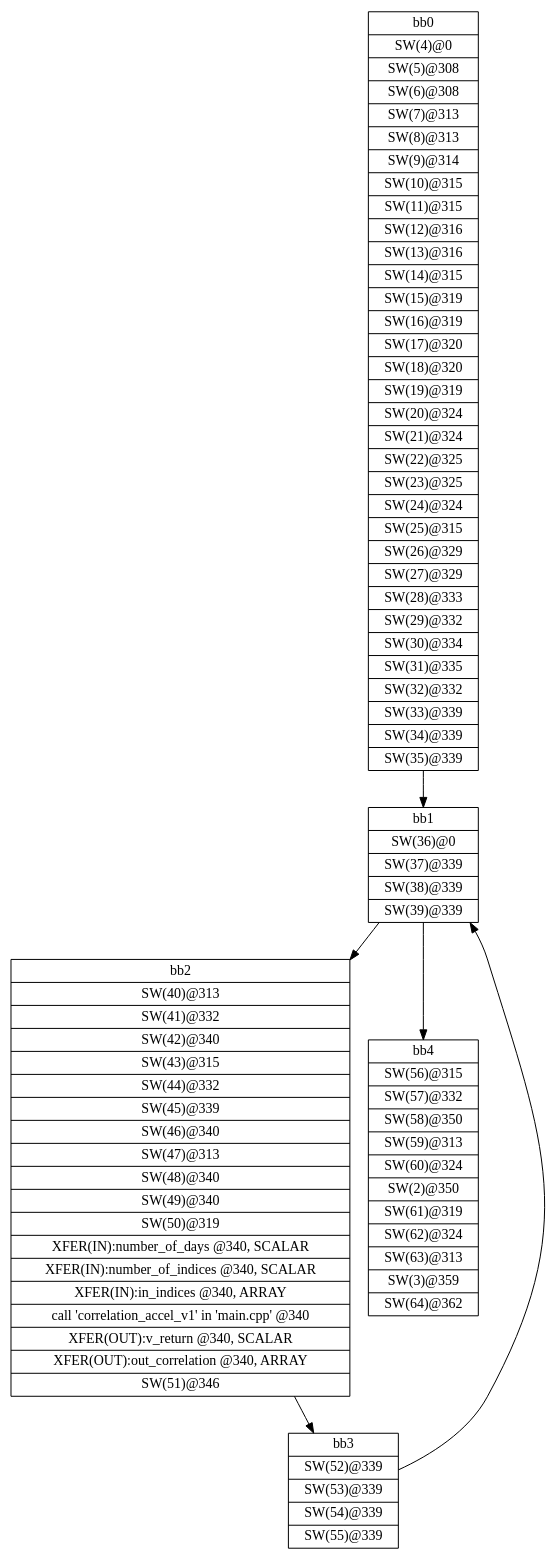
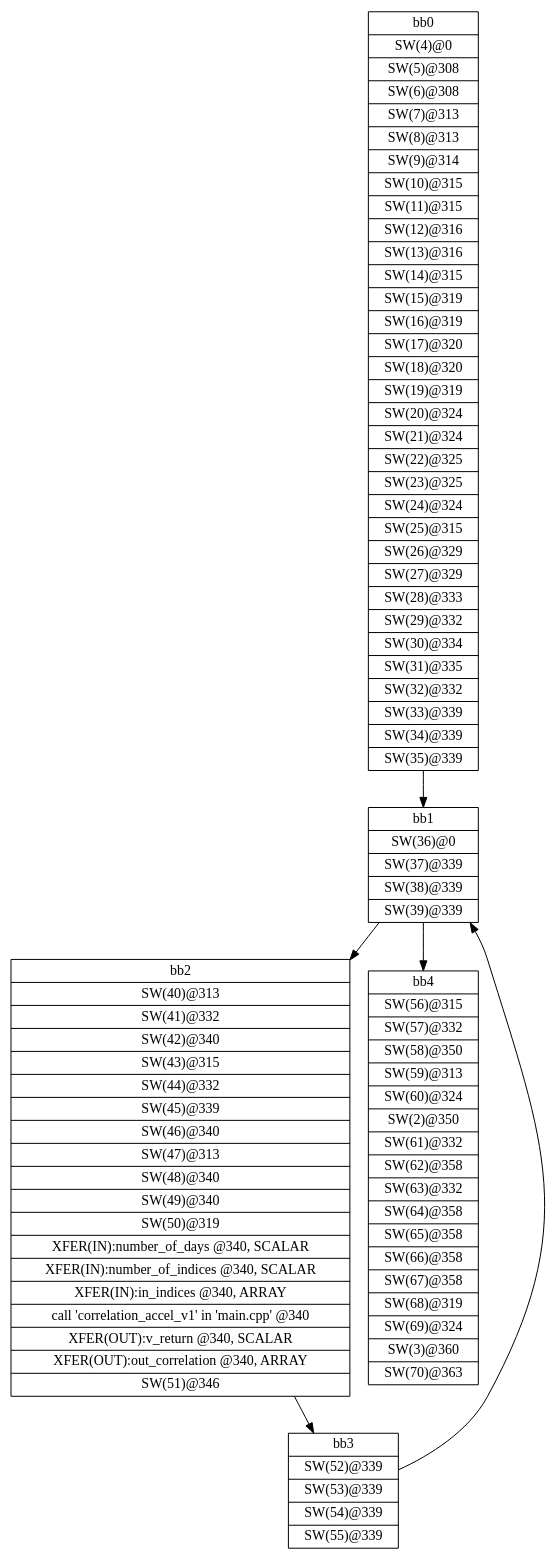
The diagram in workspace/correlation_ver1/correlation_ver1_linux/SDRelease/_sds/.llvm/_px_cdfg_xfer_main.dot (nguyencanhtrung/SDSoC), drawn with Graphviz before and after one commit. The commit also changed 26 other files, not shown here.

```diff
--- a/workspace/correlation_ver1/correlation_ver1_linux/SDRelease/_sds/.llvm/_px_cdfg_xfer_main.dot
+++ b/workspace/correlation_ver1/correlation_ver1_linux/SDRelease/_sds/.llvm/_px_cdfg_xfer_main.dot
@@ -1,13 +1,13 @@
 digraph CDFG {
 node [shape=record];
-bb0 [shape=record, label = "{bb0|<x0x2c50810>SW(4)@0\n|<x0x2c50430>SW(5)@308\n|<x0x2c50590>SW(6)@308\n|<x0x2c506f0>SW(7)@313\n|<x0x2c0e900>SW(8)@313\n|<x0x2c0ea60>SW(9)@314\n|<x0x2c0ebc0>SW(10)@315\n|<x0x2c0ed20>SW(11)@315\n|<x0x2c0ee80>SW(12)@316\n|<x0x2c0eff0>SW(13)@316\n|<x0x2c0f120>SW(14)@315\n|<x0x2c0f280>SW(15)@319\n|<x0x2c0f3e0>SW(16)@319\n|<x0x2c0f540>SW(17)@320\n|<x0x2c0f6b0>SW(18)@320\n|<x0x2c0f7e0>SW(19)@319\n|<x0x2c0f940>SW(20)@324\n|<x0x2c0faa0>SW(21)@324\n|<x0x2c0fc00>SW(22)@325\n|<x0x2c0fd70>SW(23)@325\n|<x0x2c0fea0>SW(24)@324\n|<x0x2c10000>SW(25)@315\n|<x0x2c10160>SW(26)@329\n|<x0x2c10290>SW(27)@329\n|<x0x2c103e0>SW(28)@333\n|<x0x2c10550>SW(29)@332\n|<x0x2c106c0>SW(30)@334\n|<x0x2c519b0>SW(31)@335\n|<x0x2c53b30>SW(32)@332\n|<x0x2c53ca0>SW(33)@339\n|<x0x2c53de0>SW(34)@339\n|<x0x2c53f40>SW(35)@339\n}"];
-bb1 [shape=record, label = "{bb1|<x0x2c51af0>SW(36)@0\n|<x0x2c51bb0>SW(37)@339\n|<x0x2c51d10>SW(38)@339\n|<x0x2c51e50>SW(39)@339\n}"];
-bb2 [shape=record, label = "{bb2|<x0x2c51a90>SW(40)@313\n|<x0x2c52130>SW(41)@332\n|<x0x2c522a0>SW(42)@340\n|<x0x2c523e0>SW(43)@315\n|<x0x2c52540>SW(44)@332\n|<x0x2c526b0>SW(45)@339\n|<x0x2c52810>SW(46)@340\n|<x0x2c52950>SW(47)@313\n|<x0x2c52ab0>SW(48)@340\n|<x0x2c52be0>SW(49)@340\n|<x0x2c52d20>SW(50)@319\n|<x0x2c54100>XFER(IN):number_of_days @340, SCALAR\n|<x0x2c54180>XFER(IN):number_of_indices @340, SCALAR\n|<x0x2c54200>XFER(IN):in_indices @340, ARRAY\n|<x0x2c0ad60>call 'correlation_accel_v1' in 'main.cpp' @340\n|<x0x2c54300>XFER(OUT):v_return @340, SCALAR\n|<x0x2c54280>XFER(OUT):out_correlation @340, ARRAY\n|<x0x2c52e80>SW(51)@346\n}"];
-bb3 [shape=record, label = "{bb3|<x0x2c52f60>SW(52)@339\n|<x0x2c530c0>SW(53)@339\n|<x0x2c53200>SW(54)@339\n|<x0x2c53360>SW(55)@339\n}"];
-bb4 [shape=record, label = "{bb4|<x0x2c51f80>SW(56)@315\n|<x0x2c53690>SW(57)@332\n|<x0x2c53800>SW(58)@350\n|<x0x2c53940>SW(59)@313\n|<x0x2c54020>SW(60)@324\n|<x0x2c0e640>SW(2)@350\n|<x0x2c56190>SW(61)@319\n|<x0x2c562f0>SW(62)@324\n|<x0x2c56450>SW(63)@313\n|<x0x2c0e5e0>SW(3)@359\n|<x0x2c565b0>SW(64)@362\n}"];
+bb0 [shape=record, label = "{bb0|<x0x2233230>SW(4)@0\n|<x0x2232e50>SW(5)@308\n|<x0x2232fb0>SW(6)@308\n|<x0x2233110>SW(7)@313\n|<x0x21f1320>SW(8)@313\n|<x0x21f1480>SW(9)@314\n|<x0x21f15e0>SW(10)@315\n|<x0x21f1740>SW(11)@315\n|<x0x21f18a0>SW(12)@316\n|<x0x21f1a10>SW(13)@316\n|<x0x21f1b40>SW(14)@315\n|<x0x21f1ca0>SW(15)@319\n|<x0x21f1e00>SW(16)@319\n|<x0x21f1f60>SW(17)@320\n|<x0x21f20d0>SW(18)@320\n|<x0x21f2200>SW(19)@319\n|<x0x21f2360>SW(20)@324\n|<x0x21f24c0>SW(21)@324\n|<x0x21f2620>SW(22)@325\n|<x0x21f2790>SW(23)@325\n|<x0x21f28c0>SW(24)@324\n|<x0x21f2a20>SW(25)@315\n|<x0x21f2b80>SW(26)@329\n|<x0x21f2cb0>SW(27)@329\n|<x0x21f2e00>SW(28)@333\n|<x0x21f2f70>SW(29)@332\n|<x0x21f30e0>SW(30)@334\n|<x0x2234550>SW(31)@335\n|<x0x22366d0>SW(32)@332\n|<x0x2236840>SW(33)@339\n|<x0x2236980>SW(34)@339\n|<x0x2236ae0>SW(35)@339\n}"];
+bb1 [shape=record, label = "{bb1|<x0x2234690>SW(36)@0\n|<x0x2234750>SW(37)@339\n|<x0x22348b0>SW(38)@339\n|<x0x22349f0>SW(39)@339\n}"];
+bb2 [shape=record, label = "{bb2|<x0x2234630>SW(40)@313\n|<x0x2234cd0>SW(41)@332\n|<x0x2234e40>SW(42)@340\n|<x0x2234f80>SW(43)@315\n|<x0x22350e0>SW(44)@332\n|<x0x2235250>SW(45)@339\n|<x0x22353b0>SW(46)@340\n|<x0x22354f0>SW(47)@313\n|<x0x2235650>SW(48)@340\n|<x0x2235780>SW(49)@340\n|<x0x22358c0>SW(50)@319\n|<x0x2237400>XFER(IN):number_of_days @340, SCALAR\n|<x0x2237480>XFER(IN):number_of_indices @340, SCALAR\n|<x0x2237500>XFER(IN):in_indices @340, ARRAY\n|<x0x21ed780>call 'correlation_accel_v1' in 'main.cpp' @340\n|<x0x2237600>XFER(OUT):v_return @340, SCALAR\n|<x0x2237580>XFER(OUT):out_correlation @340, ARRAY\n|<x0x2235a20>SW(51)@346\n}"];
+bb3 [shape=record, label = "{bb3|<x0x2235b00>SW(52)@339\n|<x0x2235c60>SW(53)@339\n|<x0x2235da0>SW(54)@339\n|<x0x2235f00>SW(55)@339\n}"];
+bb4 [shape=record, label = "{bb4|<x0x2234b20>SW(56)@315\n|<x0x2236230>SW(57)@332\n|<x0x22363a0>SW(58)@350\n|<x0x22364e0>SW(59)@313\n|<x0x2236bc0>SW(60)@324\n|<x0x21f1060>SW(2)@350\n|<x0x2238d30>SW(61)@332\n|<x0x2238ea0>SW(62)@358\n|<x0x2238fe0>SW(63)@332\n|<x0x2239150>SW(64)@358\n|<x0x2236ca0>SW(65)@358\n|<x0x2236dd0>SW(66)@358\n|<x0x2236f00>SW(67)@358\n|<x0x2237060>SW(68)@319\n|<x0x22371c0>SW(69)@324\n|<x0x21f1000>SW(3)@360\n|<x0x2237320>SW(70)@363\n}"];
 bb0 -> bb1
 bb1 -> bb2
 bb1 -> bb4
 bb2 -> bb3
 bb3 -> bb1
 }
```
